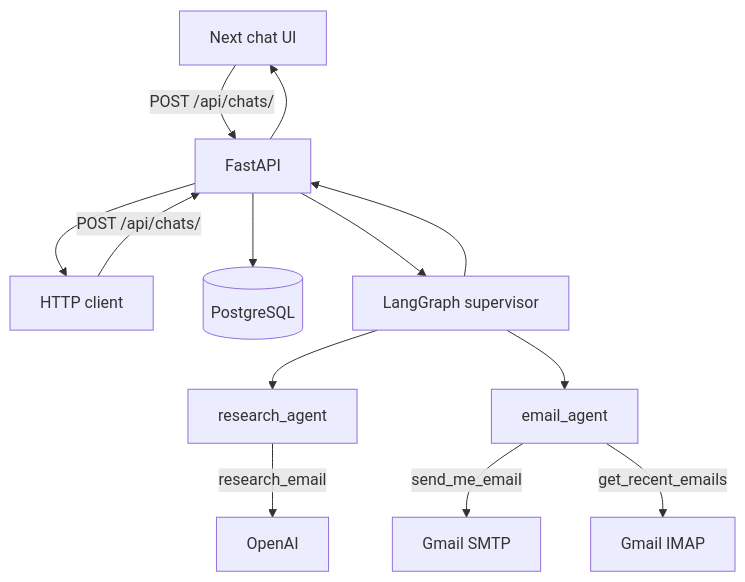
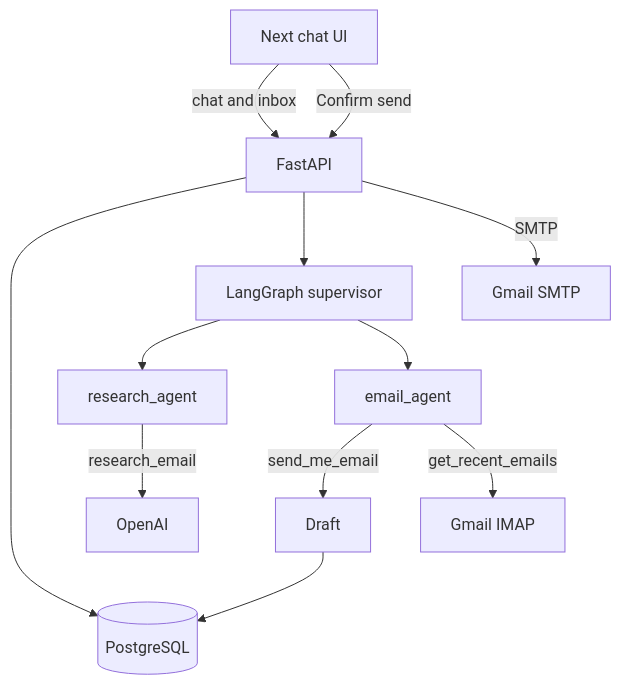
Before and after one commit to OtnielGomes/AI-Agent-with-Docker-Containers-and-Python: the diagram in README.md, drawn with Mermaid. The commit also changed other lines of this file and 25 other files, not shown here.

````diff
--- a/README.md
+++ b/README.md
@@ -39,15 +43,14 @@
 ```mermaid
 flowchart TB
-    UI[Next chat UI] -->|POST /api/chats/| API[FastAPI]
-    Client[HTTP client] -->|POST /api/chats/| API
+    UI[Next chat UI] -->|chat and inbox| API[FastAPI]
     API --> DB[(PostgreSQL)]
     API --> Supervisor[LangGraph supervisor]
     Supervisor --> Research[research_agent]
     Supervisor --> Email[email_agent]
     Research -->|research_email| LLM[OpenAI]
-    Email -->|send_me_email| SMTP[Gmail SMTP]
+    Email -->|send_me_email| Draft[Draft]
     Email -->|get_recent_emails| IMAP[Gmail IMAP]
-    Supervisor --> API
-    API --> UI
-    API --> Client
+    Draft --> DB
+    UI -->|Confirm send| API
+    API -->|SMTP| GmailSMTP[Gmail SMTP]
 ```
````
